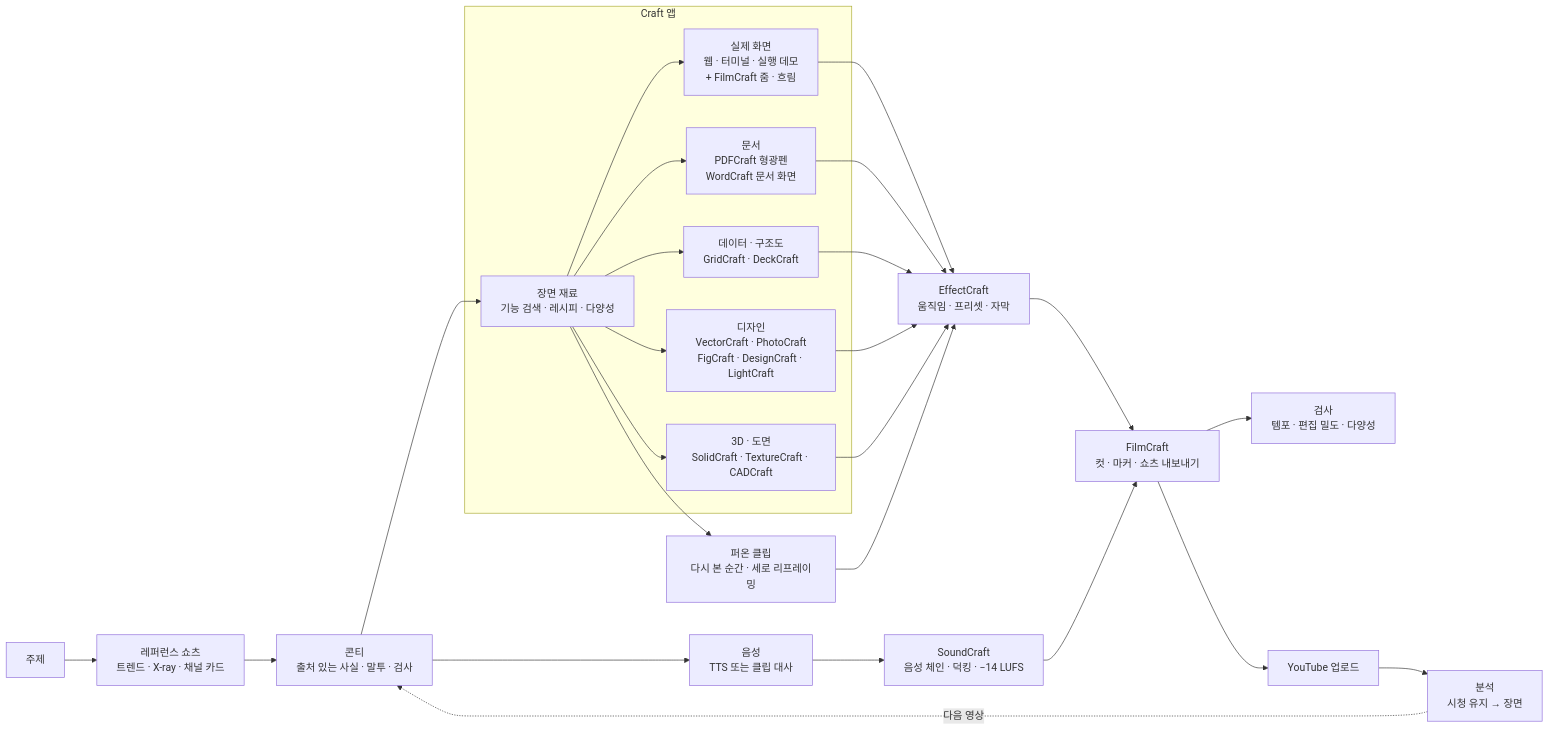
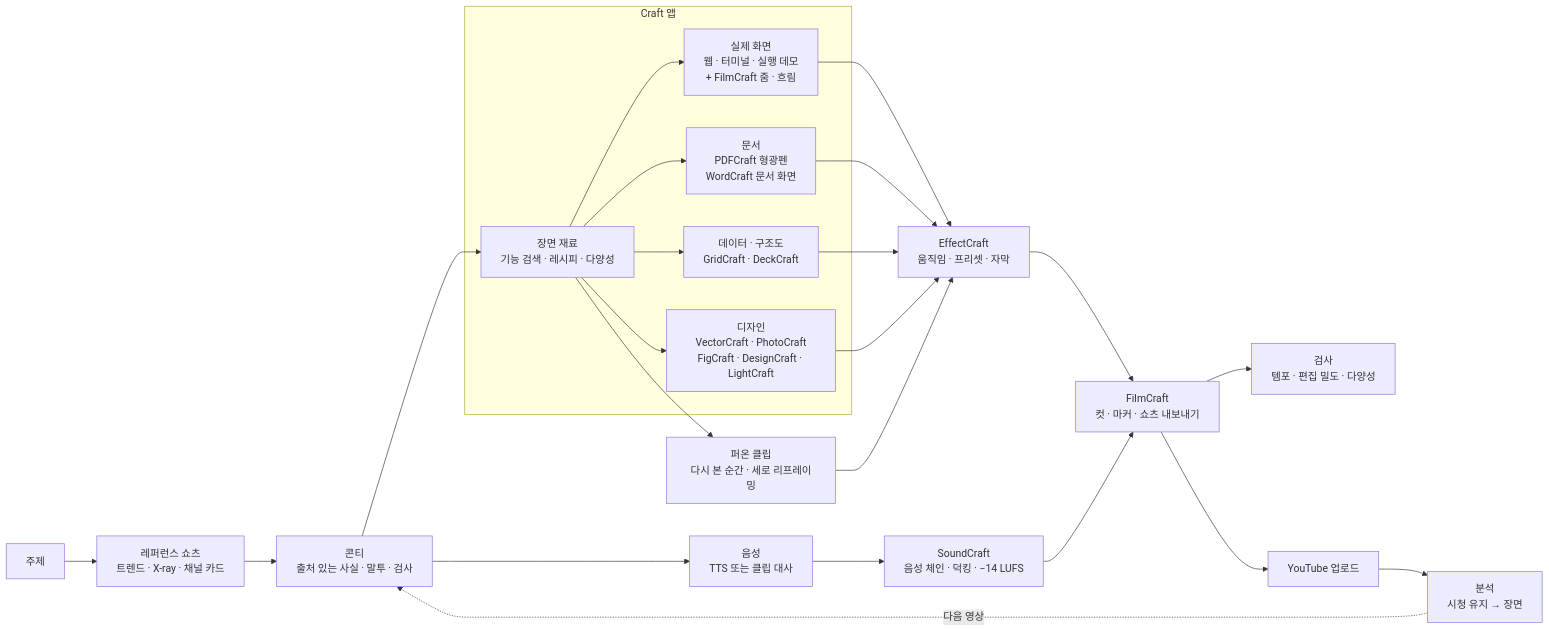
Before and after one commit to meowassassin/fluma: the diagram in README.ko.md, drawn with Mermaid. The commit also changed other lines of this file and 116 other files, not shown here.

````diff
--- a/README.ko.md
+++ b/README.ko.md
@@ -89,22 +89,21 @@
 ```mermaid
 flowchart LR
   A[주제] --> R[레퍼런스 쇼츠<br/>트렌드 · X-ray · 채널 카드]
   R --> S[콘티<br/>출처 있는 사실 · 말투 · 검사]
   S --> V[음성<br/>TTS 또는 클립 대사]
   S --> P[장면 재료<br/>기능 검색 · 레시피 · 다양성]
   subgraph Craft 앱
     P --> RS[실제 화면<br/>웹 · 터미널 · 실행 데모<br/>+ FilmCraft 줌 · 흐림]
     P --> DOC[문서<br/>PDFCraft 형광펜<br/>WordCraft 문서 화면]
     P --> DAT[데이터 · 구조도<br/>GridCraft · DeckCraft]
     P --> DES[디자인<br/>VectorCraft · PhotoCraft<br/>FigCraft · DesignCraft · LightCraft]
-    P --> TD[3D · 도면<br/>SolidCraft · TextureCraft · CADCraft]
   end
   P --> CL[퍼온 클립<br/>다시 본 순간 · 세로 리프레이밍]
-  RS & DOC & DAT & DES & TD & CL --> E[EffectCraft<br/>움직임 · 프리셋 · 자막]
+  RS & DOC & DAT & DES & CL --> E[EffectCraft<br/>움직임 · 프리셋 · 자막]
   V --> SC[SoundCraft<br/>음성 체인 · 덕킹 · −14 LUFS]
   E & SC --> F[FilmCraft<br/>컷 · 마커 · 쇼츠 내보내기]
   F --> T[검사<br/>템포 · 편집 밀도 · 다양성]
   F --> Y[YouTube 업로드]
   Y --> A2[분석<br/>시청 유지 → 장면]
   A2 -. 다음 영상 .-> S
 ```
````
